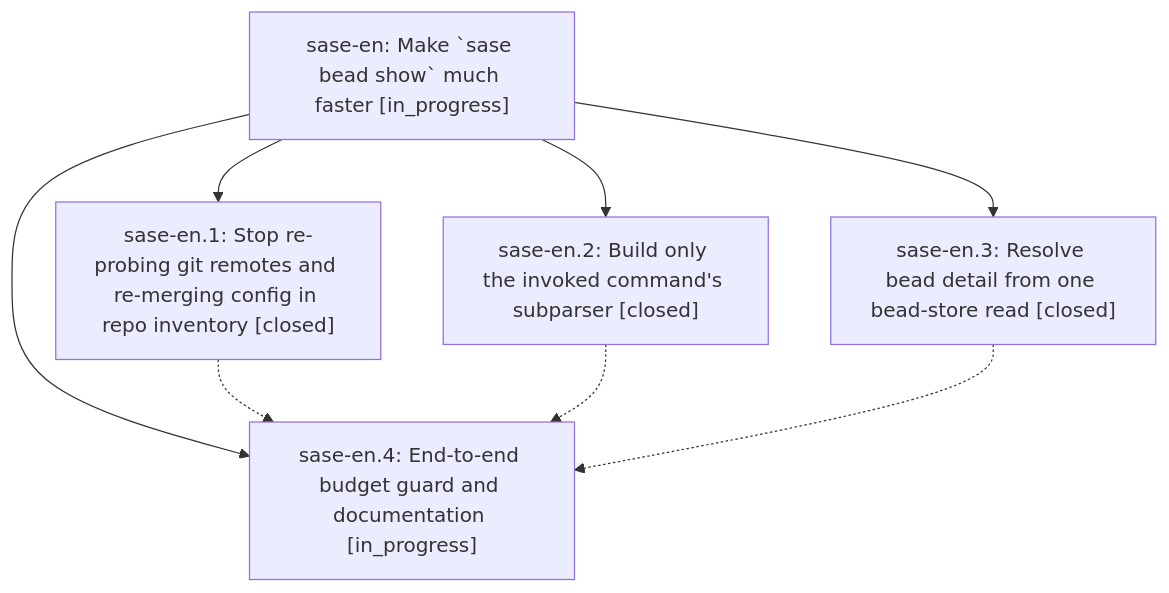
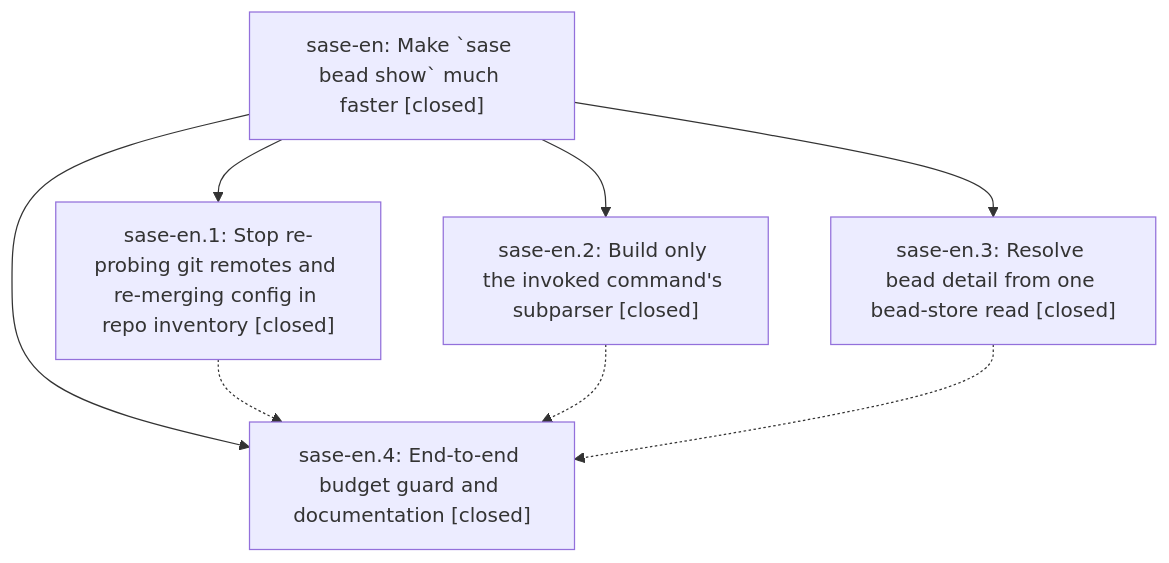
One commit to sase-org/sase--beads changed the diagram in pages/sase-en/README.md. Above: the diagram before and after it, drawn with Mermaid. The commit also changed other lines of this file and 4 other files, not shown here.

First line of the commit message:
chore(beads): sync bead state and pages for sase-en

````diff
--- a/pages/sase-en/README.md
+++ b/pages/sase-en/README.md
@@ -25,15 +29,15 @@
 ```mermaid
 flowchart TD
-    n0["sase-en: Make `sase bead show` much faster [in_progress]"]
+    n0["sase-en: Make `sase bead show` much faster [closed]"]
     n1["sase-en.1: Stop re-probing git remotes and re-merging config in repo inventory [closed]"]
     n2["sase-en.2: Build only the invoked command's subparser [closed]"]
     n3["sase-en.3: Resolve bead detail from one bead-store read [closed]"]
-    n4["sase-en.4: End-to-end budget guard and documentation [in_progress]"]
+    n4["sase-en.4: End-to-end budget guard and documentation [closed]"]
     n0 --> n1
     n0 --> n2
     n0 --> n3
     n0 --> n4
     n1 -.-> n4
     n2 -.-> n4
     n3 -.-> n4
 ```
````
